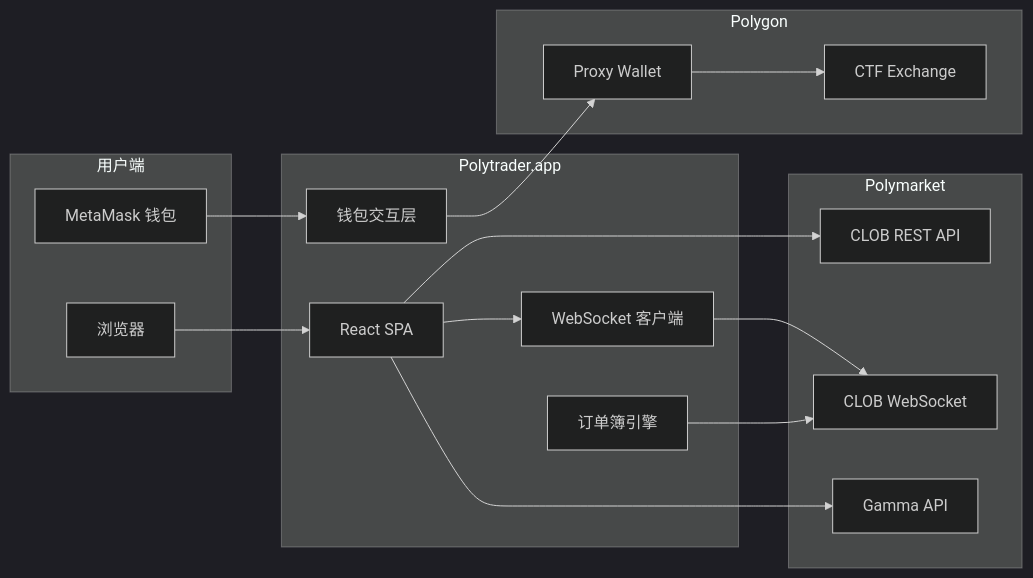
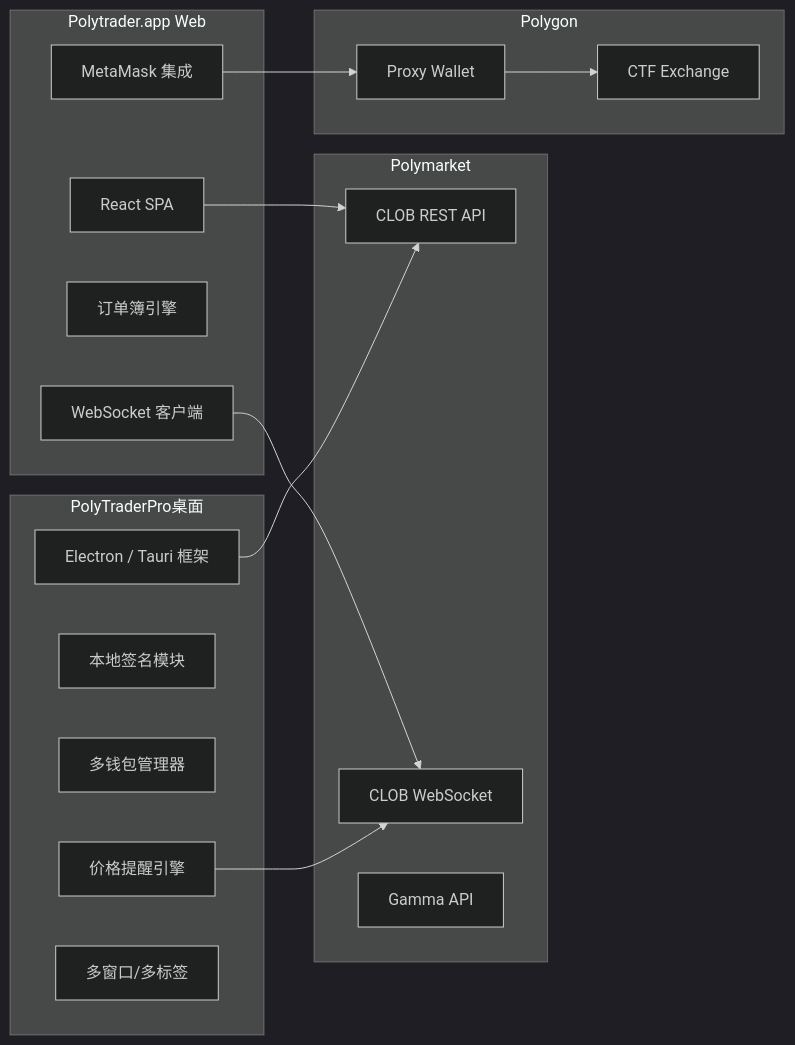
One commit to survivorff/polymarket_research changed the sixth of 8 diagrams in research/05_polytrader_pro/analysis.md. Above: the diagram before and after it, drawn with Mermaid (dark theme). The commit also changed other lines of this file and 4 other files, not shown here.

````diff
--- a/research/05_polytrader_pro/analysis.md
+++ b/research/05_polytrader_pro/analysis.md
@@ -74,35 +197,35 @@
 ```mermaid
 graph LR
-    subgraph 用户端
-        U1[MetaMask 钱包]
-        U2[浏览器]
+    subgraph PolyTraderPro桌面
+        A1[Electron / Tauri 框架]
+        A2[本地签名模块]
+        A3[多钱包管理器]
+        A4[价格提醒引擎]
+        A5[多窗口/多标签]
     end
-    
-    subgraph Polytrader.app
-        F1[React SPA]
-        F2[WebSocket 客户端]
-        F3[订单簿引擎]
-        F4[钱包交互层]
+
+    subgraph Polytrader.app Web
+        B1[React SPA]
+        B2[WebSocket 客户端]
+        B3[订单簿引擎]
+        B4[MetaMask 集成]
     end
-    
+
     subgraph Polymarket
-        P1[CLOB REST API]
-        P2[CLOB WebSocket]
-        P3[Gamma API]
+        C1[CLOB REST API]
+        C2[CLOB WebSocket]
+        C3[Gamma API]
     end
-    
+
     subgraph Polygon
-        C1[Proxy Wallet]
-        C2[CTF Exchange]
+        D1[Proxy Wallet]
+        D2[CTF Exchange]
     end
-    
-    U1 --> F4
-    U2 --> F1
-    F1 --> F2
-    F2 --> P2
-    F1 --> P1
-    F1 --> P3
-    F3 --> P2
-    F4 --> C1
-    C1 --> C2
+
+    A1 --> C1
+    A4 --> C2
+    B1 --> C1
+    B2 --> C2
+    B4 --> D1
+    D1 --> D2
 ```
````
